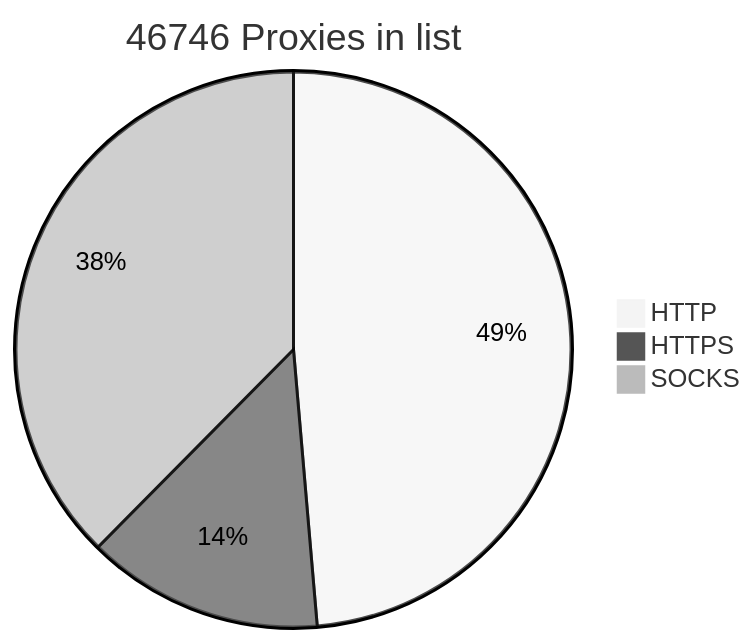
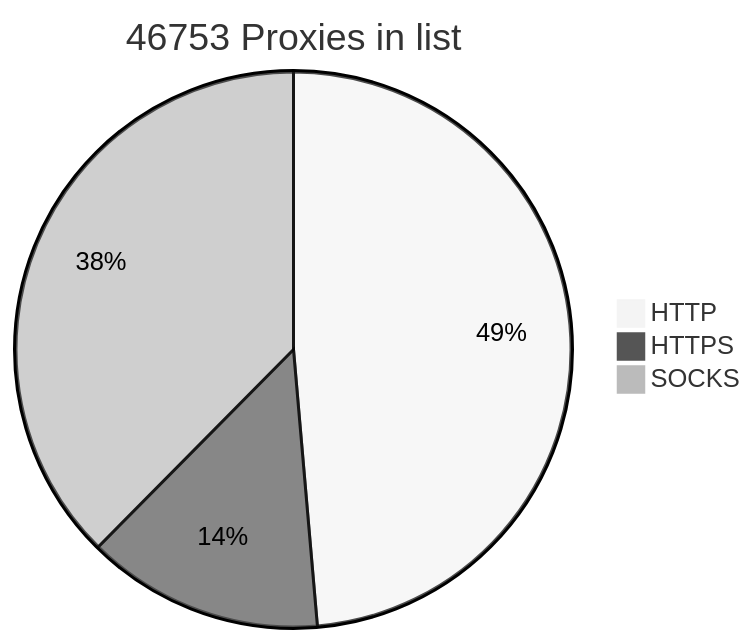
Before and after one commit to BlackSnowDot/proxylist-update-every-minute: the diagram in README.md, drawn with Mermaid (neutral theme).

````diff
--- a/README.md
+++ b/README.md
@@ -2,6 +2,6 @@
 ```mermaid
-pie title 46746 Proxies in list
+pie title 46753 Proxies in list
     "HTTP" : 25374
-    "HTTPS": 7186
-    "SOCKS" : 19610
+    "HTTPS": 7192
+    "SOCKS" : 19614
 ```
````
